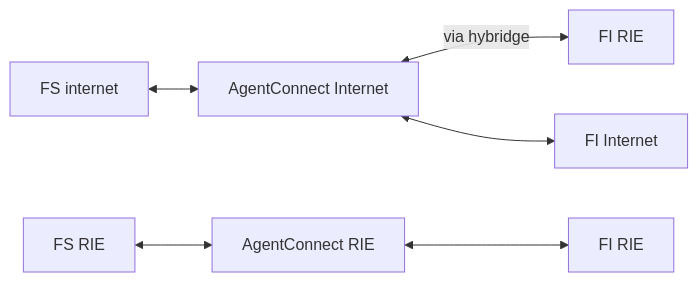
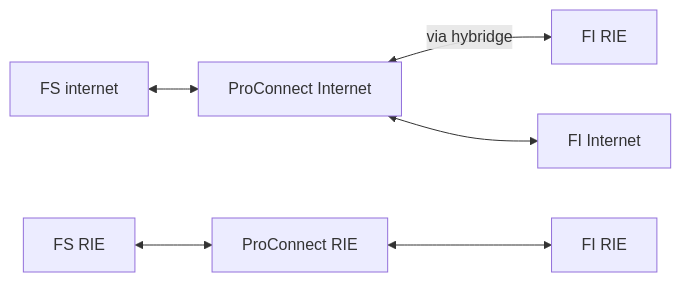
The second of 2 diagrams in doc_fi/plateformes_fi.md (numerique-gouv/proconnect-documentation), drawn with Mermaid before and after one commit. The commit also changed other lines of this file and 18 other files, not shown here.

Commit message:
rename agent-connect to proconnect everywhere

````diff
--- a/doc_fi/plateformes_fi.md
+++ b/doc_fi/plateformes_fi.md
@@ -46,10 +46,10 @@
 ```mermaid
 flowchart LR    
-    FS2[FS internet] <--> AC2[AgentConnect Internet]
+    FS2[FS internet] <--> AC2[ProConnect Internet]
     AC2 <-->  |via hybridge| FI1[FI RIE]
     AC2 <--> FI2[FI Internet]
     
-    FS1[FS RIE] <--> C1AC1[AgentConnect RIE]
+    FS1[FS RIE] <--> C1AC1[ProConnect RIE]
     C1AC1 <--> FSIFI1[FI RIE]
     
 ```
````
